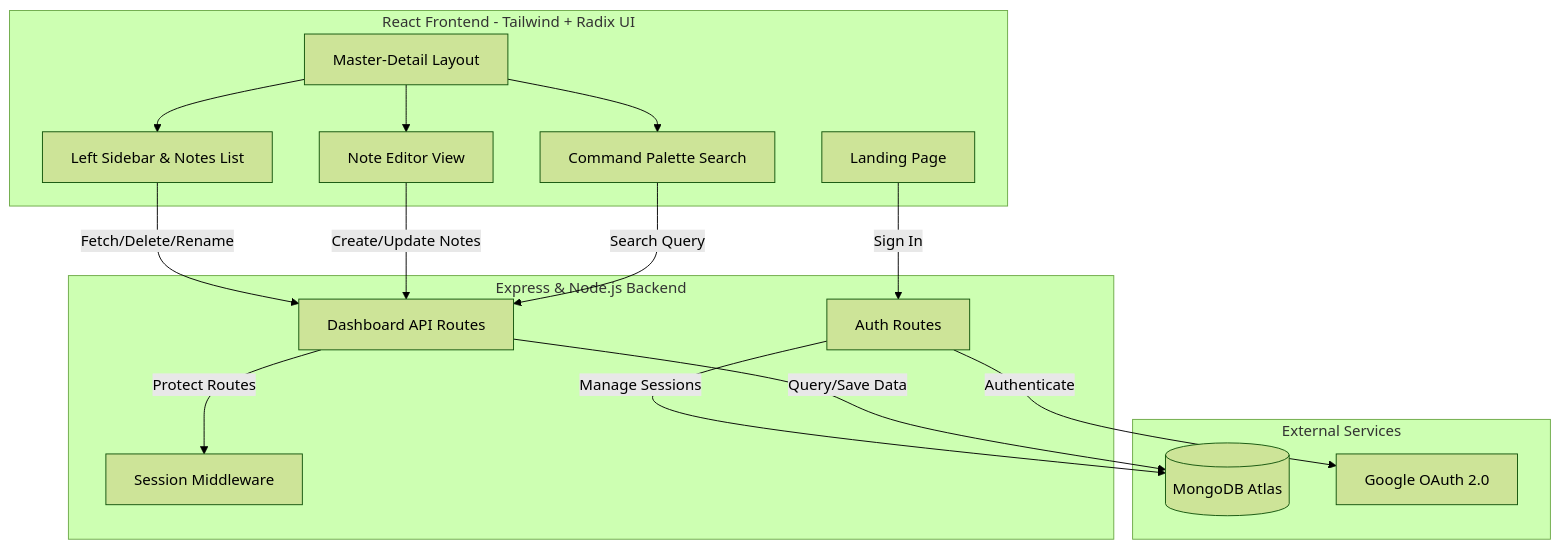
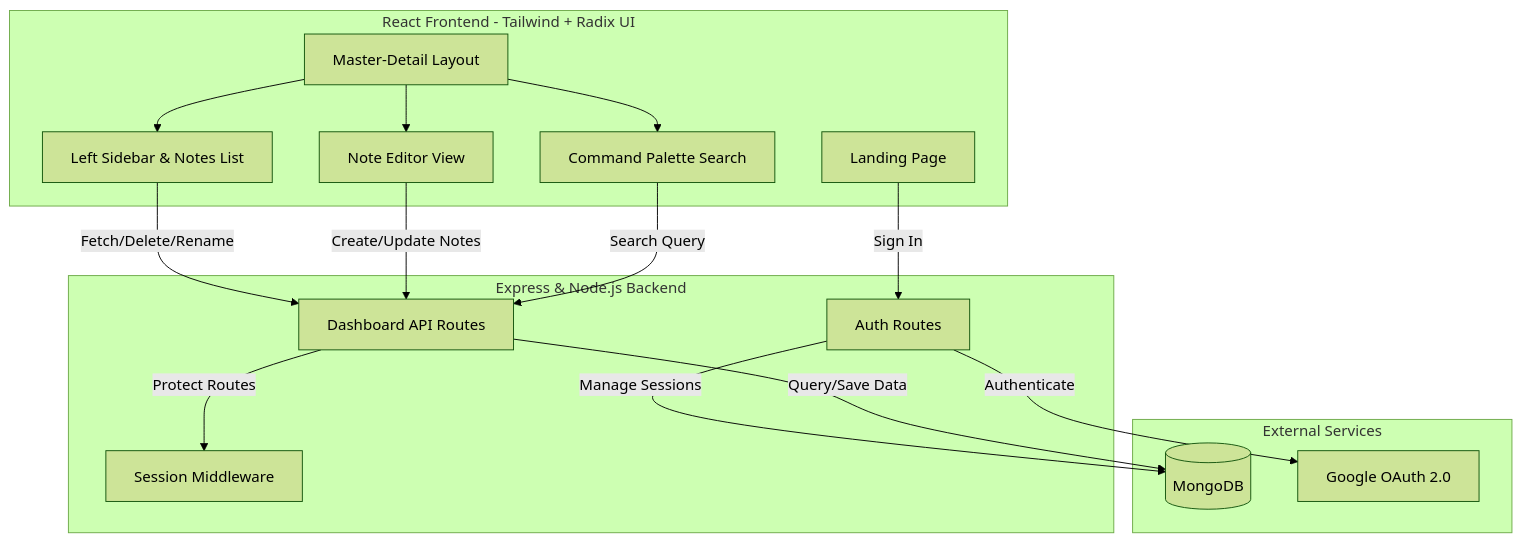
Before and after one commit to jamal474/noteracy: the diagram in README.md, drawn with Mermaid (forest theme). The commit also changed other lines of this file and 16 other files, not shown here.

````diff
--- a/README.md
+++ b/README.md
@@ -24,38 +24,38 @@
 ```mermaid
 graph TD
   subgraph Client [React Frontend - Tailwind + Radix UI]
     Landing[Landing Page]
     DashboardLayout[Master-Detail Layout]
     Sidebar[Left Sidebar & Notes List]
     Editor[Note Editor View]
     CmdK[Command Palette Search]
   end
 
   subgraph Server [Express & Node.js Backend]
     AuthRoute[Auth Routes]
     DashRoute[Dashboard API Routes]
     AuthMW[Session Middleware]
   end
 
   subgraph Services [External Services]
-    MongoDB[(MongoDB Atlas)]
+    MongoDB[(MongoDB)]
     GoogleOAuth[Google OAuth 2.0]
   end
 
   %% Client Flow
   Landing -- "Sign In" --> AuthRoute
   DashboardLayout --> Sidebar
   DashboardLayout --> Editor
   DashboardLayout --> CmdK
 
   %% Server Interaction
   Sidebar -- "Fetch/Delete/Rename" --> DashRoute
   Editor -- "Create/Update Notes" --> DashRoute
   CmdK -- "Search Query" --> DashRoute
   
   %% Auth & Data Flow
   AuthRoute -- "Authenticate" --> GoogleOAuth
   AuthRoute -- "Manage Sessions" --> MongoDB
   DashRoute -- "Protect Routes" --> AuthMW
   DashRoute -- "Query/Save Data" --> MongoDB
 ```
````
